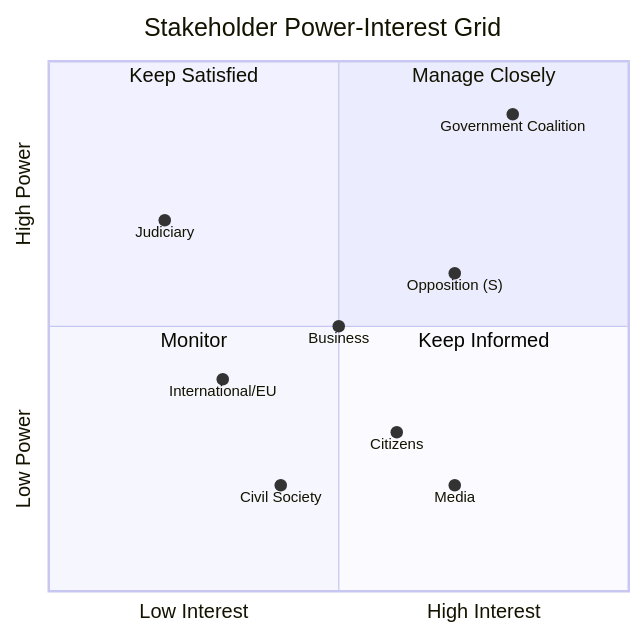
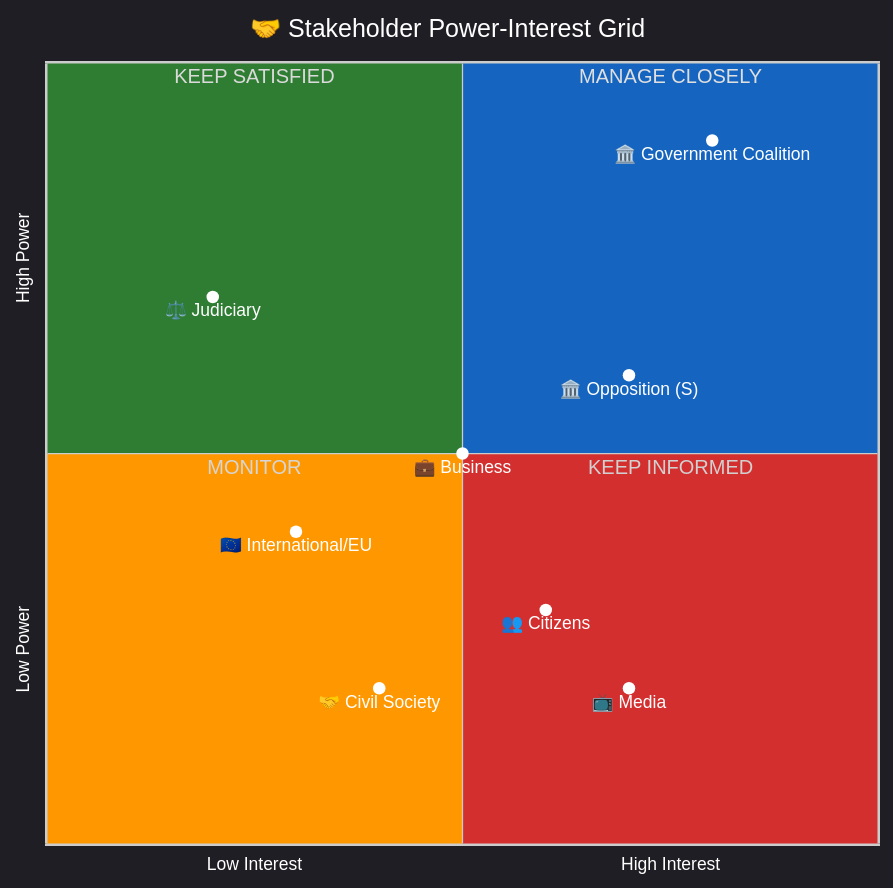
Before and after one commit to Hack23/riksdagsmonitor: the second of 2 diagrams in analysis/templates/stakeholder-impact.md, drawn with Mermaid. The commit also changed other lines of this file and 14 other files, not shown here.

First line of the commit message:
Align analysis/ mermaid diagrams with ISMS Style Guide palette and convert SWOT to quadrantChart

````diff
--- a/analysis/templates/stakeholder-impact.md
+++ b/analysis/templates/stakeholder-impact.md
@@ -350,19 +350,42 @@
 ```mermaid
+%%{init: {
+  "theme": "dark",
+  "themeVariables": {
+    "quadrant1Fill": "#1565C0",
+    "quadrant2Fill": "#2E7D32",
+    "quadrant3Fill": "#FF9800",
+    "quadrant4Fill": "#D32F2F",
+    "quadrantTitleFill": "#ffffff",
+    "quadrantPointFill": "#ffffff",
+    "quadrantPointTextFill": "#ffffff",
+    "quadrantXAxisTextFill": "#ffffff",
+    "quadrantYAxisTextFill": "#ffffff"
+  },
+  "quadrantChart": {
+    "chartWidth": 700,
+    "chartHeight": 700,
+    "pointLabelFontSize": 14,
+    "titleFontSize": 20,
+    "quadrantLabelFontSize": 16,
+    "xAxisLabelFontSize": 14,
+    "yAxisLabelFontSize": 14
+  }
+}}%%
 quadrantChart
-    title Stakeholder Power-Interest Grid
+    title 🤝 Stakeholder Power-Interest Grid
     x-axis Low Interest --> High Interest
     y-axis Low Power --> High Power
-    quadrant-1 Manage Closely
-    quadrant-2 Keep Satisfied
-    quadrant-3 Monitor
-    quadrant-4 Keep Informed
+    quadrant-1 MANAGE CLOSELY
+    quadrant-2 KEEP SATISFIED
+    quadrant-3 MONITOR
+    quadrant-4 KEEP INFORMED
 
-    "Government Coalition": [0.8, 0.9]
-    "Opposition (S)": [0.7, 0.6]
-    "Citizens": [0.6, 0.3]
-    "Business": [0.5, 0.5]
-    "Civil Society": [0.4, 0.2]
-    "International/EU": [0.3, 0.4]
-    "Judiciary": [0.2, 0.7]
-    "Media": [0.7, 0.2]
+    "🏛️ Government Coalition": [0.80, 0.90]
+    "🏛️ Opposition (S)": [0.70, 0.60]
+    "👥 Citizens": [0.60, 0.30]
+    "💼 Business": [0.50, 0.50]
+    "🤝 Civil Society": [0.40, 0.20]
+    "🇪🇺 International/EU": [0.30, 0.40]
+    "⚖️ Judiciary": [0.20, 0.70]
+    "📺 Media": [0.70, 0.20]
 ```
````
